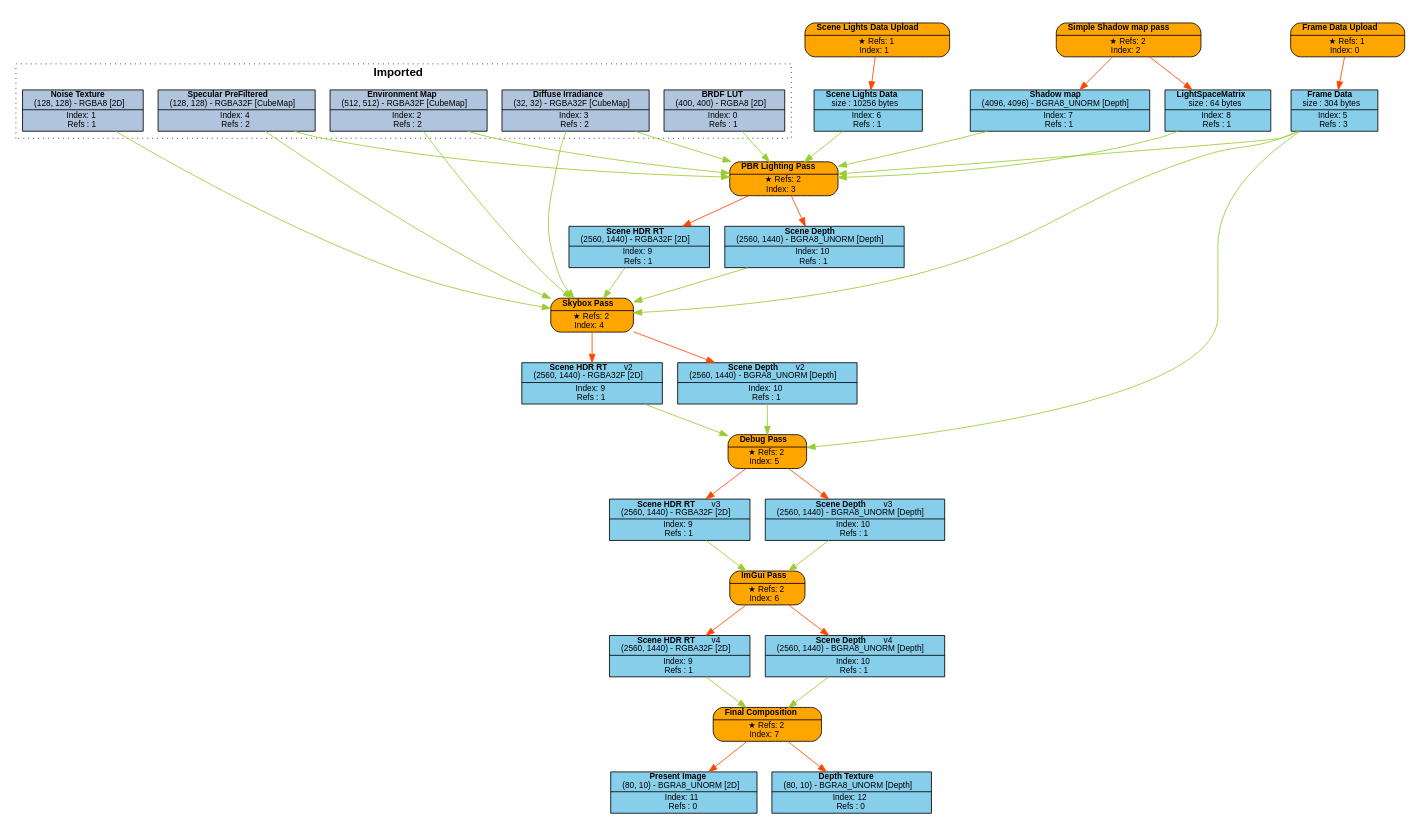
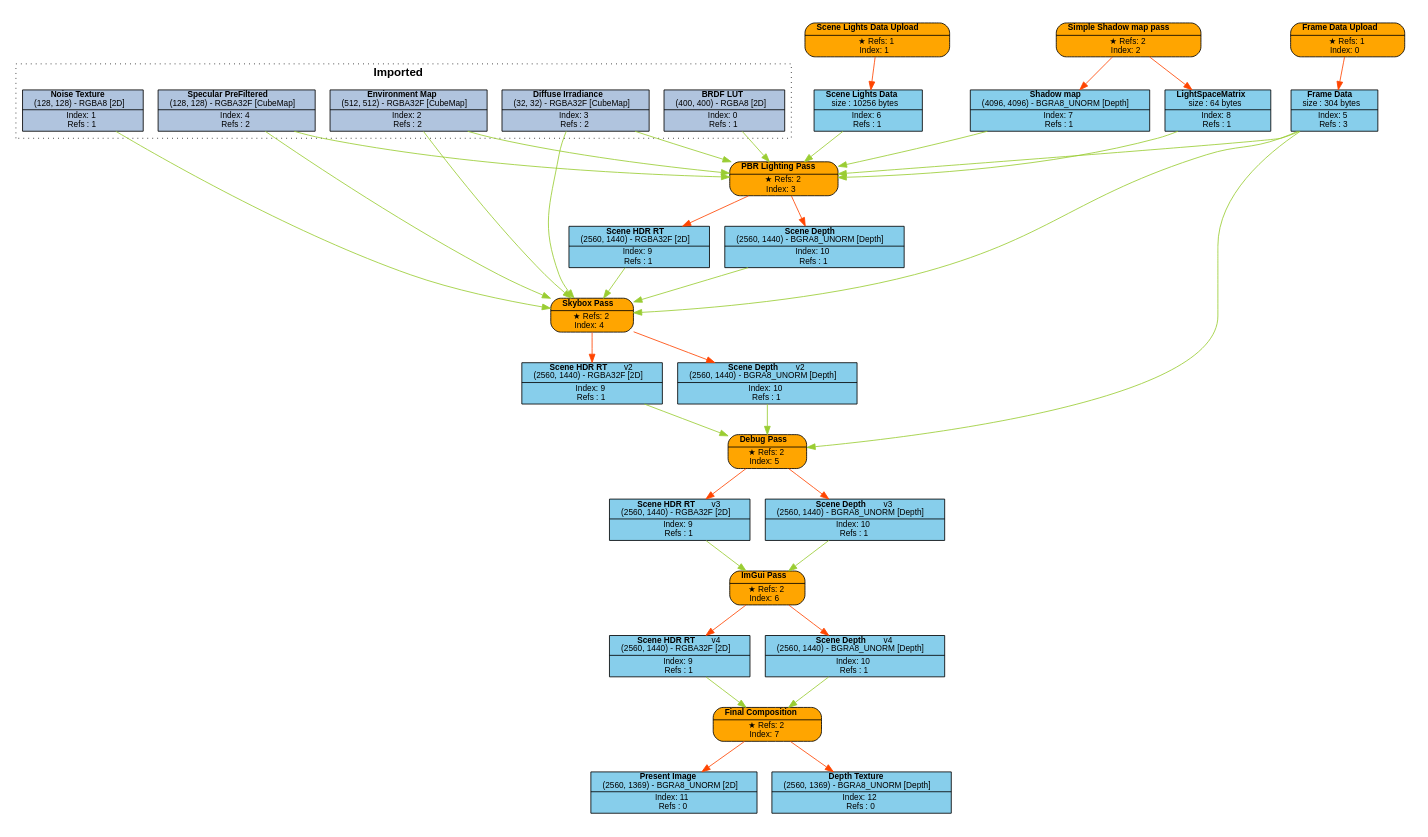
Before and after one commit to Pikachuxxxx/Razix: the diagram in Engine/content/FrameGraphs/pbr_lighting_test.dot, drawn with Graphviz. The commit also changed 20 other files, not shown here.

Commit message:
Added resize function to frame graph passes;

```diff
--- a/Engine/content/FrameGraphs/pbr_lighting_test.dot
+++ b/Engine/content/FrameGraphs/pbr_lighting_test.dot
@@ -1,93 +1,93 @@
 digraph FrameGraph {
 graph [style=invis, rankdir="TB" ordering=out, splines=spline]
 node [shape=record, fontname="helvetica", fontsize=10, margin="0.2,0.03"]
 
 P0 [label=<{ {<B>Frame Data Upload</B>} | {&#x2605; Refs: 1<BR/> Index: 0} }> style="rounded,filled", fillcolor=orange]
 P1 [label=<{ {<B>Scene Lights Data Upload</B>} | {&#x2605; Refs: 1<BR/> Index: 1} }> style="rounded,filled", fillcolor=orange]
 P2 [label=<{ {<B>Simple Shadow map pass</B>} | {&#x2605; Refs: 2<BR/> Index: 2} }> style="rounded,filled", fillcolor=orange]
 P3 [label=<{ {<B>PBR Lighting Pass</B>} | {&#x2605; Refs: 2<BR/> Index: 3} }> style="rounded,filled", fillcolor=orange]
 P4 [label=<{ {<B>Skybox Pass</B>} | {&#x2605; Refs: 2<BR/> Index: 4} }> style="rounded,filled", fillcolor=orange]
 P5 [label=<{ {<B>Debug Pass</B>} | {&#x2605; Refs: 2<BR/> Index: 5} }> style="rounded,filled", fillcolor=orange]
 P6 [label=<{ {<B>ImGui Pass</B>} | {&#x2605; Refs: 2<BR/> Index: 6} }> style="rounded,filled", fillcolor=orange]
 P7 [label=<{ {<B>Final Composition</B>} | {&#x2605; Refs: 2<BR/> Index: 7} }> style="rounded,filled", fillcolor=orange]
 
 R0_1 [label=<{ {<B>BRDF LUT</B><BR/>(400, 400) - RGBA8 [2D]} | {Index: 0<BR/>Refs : 1} }> style=filled, fillcolor=lightsteelblue]
 R1_1 [label=<{ {<B>Noise Texture</B><BR/>(128, 128) - RGBA8 [2D]} | {Index: 1<BR/>Refs : 1} }> style=filled, fillcolor=lightsteelblue]
 R2_1 [label=<{ {<B>Environment Map</B><BR/>(512, 512) - RGBA32F [CubeMap]} | {Index: 2<BR/>Refs : 2} }> style=filled, fillcolor=lightsteelblue]
 R3_1 [label=<{ {<B>Diffuse Irradiance</B><BR/>(32, 32) - RGBA32F [CubeMap]} | {Index: 3<BR/>Refs : 2} }> style=filled, fillcolor=lightsteelblue]
 R4_1 [label=<{ {<B>Specular PreFiltered</B><BR/>(128, 128) - RGBA32F [CubeMap]} | {Index: 4<BR/>Refs : 2} }> style=filled, fillcolor=lightsteelblue]
 R5_1 [label=<{ {<B>Frame Data</B><BR/>size : 304 bytes} | {Index: 5<BR/>Refs : 3} }> style=filled, fillcolor=skyblue]
 R6_1 [label=<{ {<B>Scene Lights Data</B><BR/>size : 10256 bytes} | {Index: 6<BR/>Refs : 1} }> style=filled, fillcolor=skyblue]
 R7_1 [label=<{ {<B>Shadow map</B><BR/>(4096, 4096) - BGRA8_UNORM [Depth]} | {Index: 7<BR/>Refs : 1} }> style=filled, fillcolor=skyblue]
 R8_1 [label=<{ {<B>LightSpaceMatrix</B><BR/>size : 64 bytes} | {Index: 8<BR/>Refs : 1} }> style=filled, fillcolor=skyblue]
 R9_1 [label=<{ {<B>Scene HDR RT</B><BR/>(2560, 1440) - RGBA32F [2D]} | {Index: 9<BR/>Refs : 1} }> style=filled, fillcolor=skyblue]
 R10_1 [label=<{ {<B>Scene Depth</B><BR/>(2560, 1440) - BGRA8_UNORM [Depth]} | {Index: 10<BR/>Refs : 1} }> style=filled, fillcolor=skyblue]
 R9_2 [label=<{ {<B>Scene HDR RT</B>   <FONT>v2</FONT><BR/>(2560, 1440) - RGBA32F [2D]} | {Index: 9<BR/>Refs : 1} }> style=filled, fillcolor=skyblue]
 R10_2 [label=<{ {<B>Scene Depth</B>   <FONT>v2</FONT><BR/>(2560, 1440) - BGRA8_UNORM [Depth]} | {Index: 10<BR/>Refs : 1} }> style=filled, fillcolor=skyblue]
 R9_3 [label=<{ {<B>Scene HDR RT</B>   <FONT>v3</FONT><BR/>(2560, 1440) - RGBA32F [2D]} | {Index: 9<BR/>Refs : 1} }> style=filled, fillcolor=skyblue]
 R10_3 [label=<{ {<B>Scene Depth</B>   <FONT>v3</FONT><BR/>(2560, 1440) - BGRA8_UNORM [Depth]} | {Index: 10<BR/>Refs : 1} }> style=filled, fillcolor=skyblue]
 R9_4 [label=<{ {<B>Scene HDR RT</B>   <FONT>v4</FONT><BR/>(2560, 1440) - RGBA32F [2D]} | {Index: 9<BR/>Refs : 1} }> style=filled, fillcolor=skyblue]
 R10_4 [label=<{ {<B>Scene Depth</B>   <FONT>v4</FONT><BR/>(2560, 1440) - BGRA8_UNORM [Depth]} | {Index: 10<BR/>Refs : 1} }> style=filled, fillcolor=skyblue]
-R11_1 [label=<{ {<B>Present Image</B><BR/>(80, 10) - BGRA8_UNORM [2D]} | {Index: 11<BR/>Refs : 0} }> style=filled, fillcolor=skyblue]
-R12_1 [label=<{ {<B>Depth Texture</B><BR/>(80, 10) - BGRA8_UNORM [Depth]} | {Index: 12<BR/>Refs : 0} }> style=filled, fillcolor=skyblue]
+R11_1 [label=<{ {<B>Present Image</B><BR/>(2560, 1369) - BGRA8_UNORM [2D]} | {Index: 11<BR/>Refs : 0} }> style=filled, fillcolor=skyblue]
+R12_1 [label=<{ {<B>Depth Texture</B><BR/>(2560, 1369) - BGRA8_UNORM [Depth]} | {Index: 12<BR/>Refs : 0} }> style=filled, fillcolor=skyblue]
 
 P0 -> { R5_1 } [color=orangered]
 P1 -> { R6_1 } [color=orangered]
 P2 -> { R7_1 R8_1 } [color=orangered]
 P3 -> { R9_1 R10_1 } [color=orangered]
 P4 -> { R9_2 R10_2 } [color=orangered]
 P5 -> { R9_3 R10_3 } [color=orangered]
 P6 -> { R9_4 R10_4 } [color=orangered]
 P7 -> { R11_1 R12_1 } [color=orangered]
 
 R0_1 -> { P3 } [color=olivedrab3]
 R1_1 -> { P4 } [color=olivedrab3]
 R2_1 -> { P3 P4 } [color=olivedrab3]
 R3_1 -> { P3 P4 } [color=olivedrab3]
 R4_1 -> { P3 P4 } [color=olivedrab3]
 R5_1 -> { P3 P4 P5 } [color=olivedrab3]
 R6_1 -> { P3 } [color=olivedrab3]
 R7_1 -> { P3 } [color=olivedrab3]
 R8_1 -> { P3 } [color=olivedrab3]
 R9_1 -> { P4 } [color=olivedrab3]
 R10_1 -> { P4 } [color=olivedrab3]
 R9_2 -> { P5 } [color=olivedrab3]
 R10_2 -> { P5 } [color=olivedrab3]
 R9_3 -> { P6 } [color=olivedrab3]
 R10_3 -> { P6 } [color=olivedrab3]
 R9_4 -> { P7 } [color=olivedrab3]
 R10_4 -> { P7 } [color=olivedrab3]
 R11_1 -> { } [color=olivedrab3]
 R12_1 -> { } [color=olivedrab3]
 
 subgraph cluster_0 {
 P0 R5_1 
 }
 subgraph cluster_1 {
 P1 R6_1 
 }
 subgraph cluster_2 {
 P2 R7_1 R8_1 
 }
 subgraph cluster_3 {
 P3 R9_1 R10_1 
 }
 subgraph cluster_4 {
 P4 
 }
 subgraph cluster_5 {
 P5 
 }
 subgraph cluster_6 {
 P6 
 }
 subgraph cluster_7 {
 P7 R11_1 R12_1 
 }
 
 subgraph cluster_imported_resources {
 graph [style=dotted, fontname="helvetica", label=< <B>Imported</B> >]
 R0_1 R1_1 R2_1 R3_1 R4_1 
 }
 
 }
```
